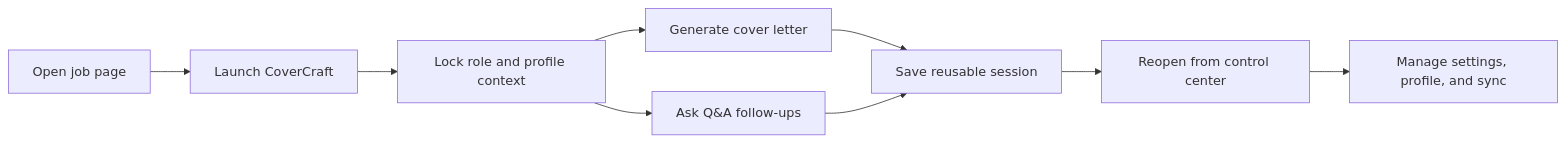
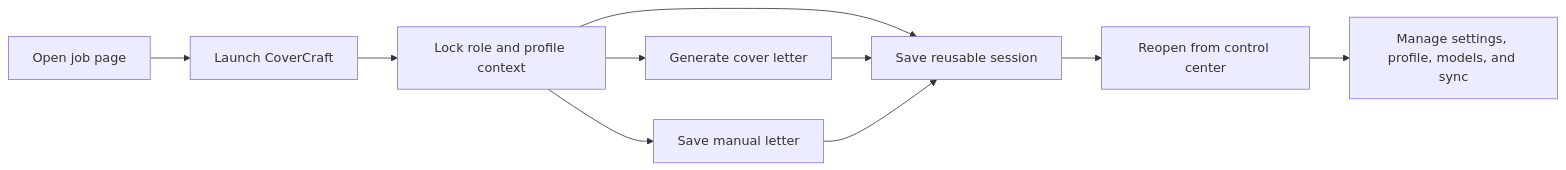
Before and after one commit to Tirth-1999/CoverCraft: the diagram in README.md, drawn with Mermaid. The commit also changed other lines of this file and 18 other files, not shown here.

````diff
--- a/README.md
+++ b/README.md
@@ -26,11 +40,12 @@
 ```mermaid
 flowchart LR
     A["Open job page"] --> B["Launch CoverCraft"]
     B --> C["Lock role and profile context"]
     C --> D["Generate cover letter"]
-    C --> E["Ask Q&A follow-ups"]
+    C --> E["Save manual letter"]
+    C --> F["Ask Q&A follow-ups"]
     D --> F["Save reusable session"]
     E --> F
     F --> G["Reopen from control center"]
-    G --> H["Manage settings, profile, and sync"]
+    G --> H["Manage settings, profile, models, and sync"]
 ```
````
